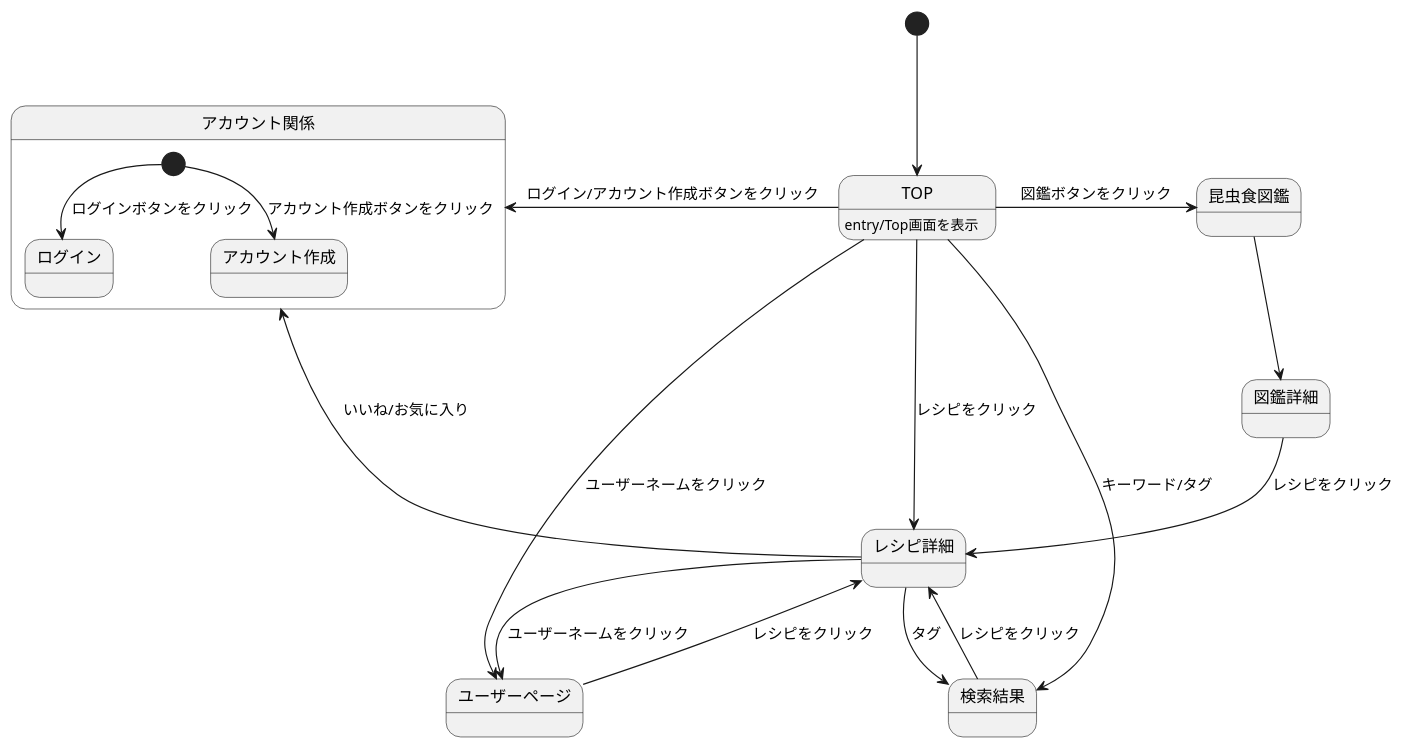
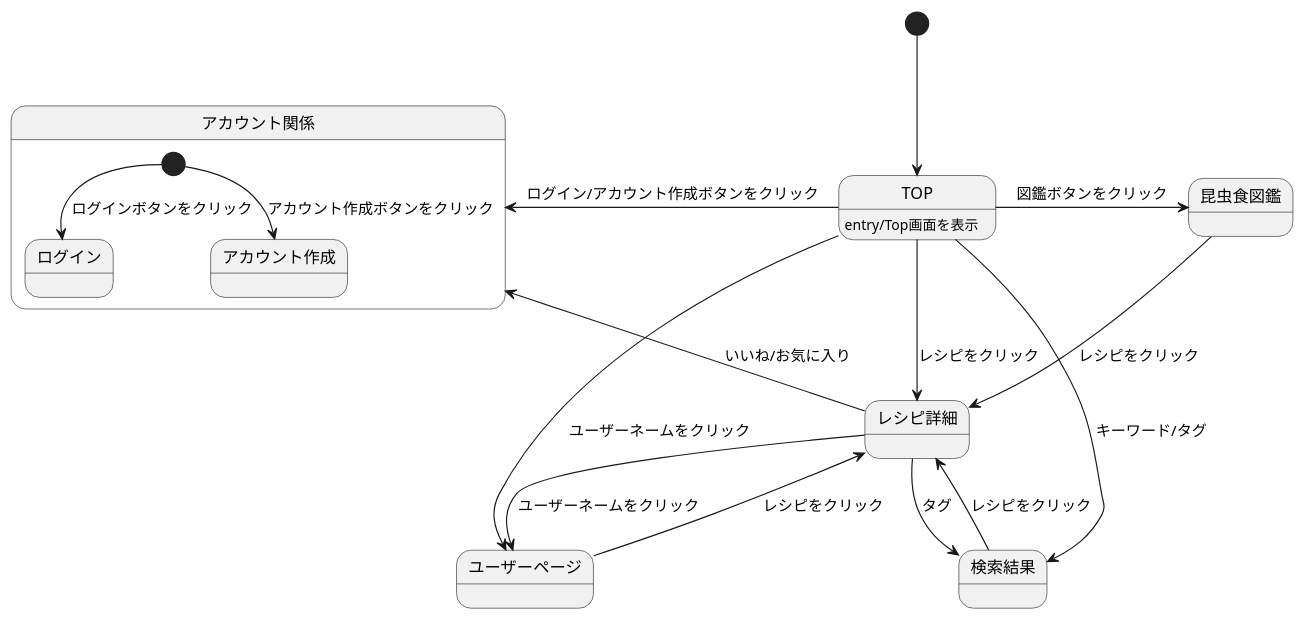
The diagram in ScreenTransitionDiagram.md (ASO2001040/bugbug-design), drawn with PlantUML before and after one commit.

````diff
--- a/ScreenTransitionDiagram.md
+++ b/ScreenTransitionDiagram.md
@@ -1,24 +1,23 @@
 ```uml
 @startuml
 [*]-->TOP
 
 TOP : entry/Top画面を表示
 TOP-left->アカウント関係: ログイン/アカウント作成ボタンをクリック
 TOP->昆虫食図鑑: 図鑑ボタンをクリック
 TOP->レシピ詳細: レシピをクリック
 TOP->ユーザーページ: ユーザーネームをクリック
 TOP->検索結果: キーワード/タグ
 ユーザーページ-->レシピ詳細: レシピをクリック
 レシピ詳細-->ユーザーページ: ユーザーネームをクリック
 レシピ詳細-->検索結果: タグ
 レシピ詳細-->アカウント関係: いいね/お気に入り
 検索結果-->レシピ詳細: レシピをクリック
-昆虫食図鑑-->図鑑詳細
-図鑑詳細-->レシピ詳細: レシピをクリック
+昆虫食図鑑-->レシピ詳細: レシピをクリック
 
 state アカウント関係 {
  [*] --> ログイン: ログインボタンをクリック
  [*] --> アカウント作成: アカウント作成ボタンをクリック
  }
 @enduml
 ```
````
